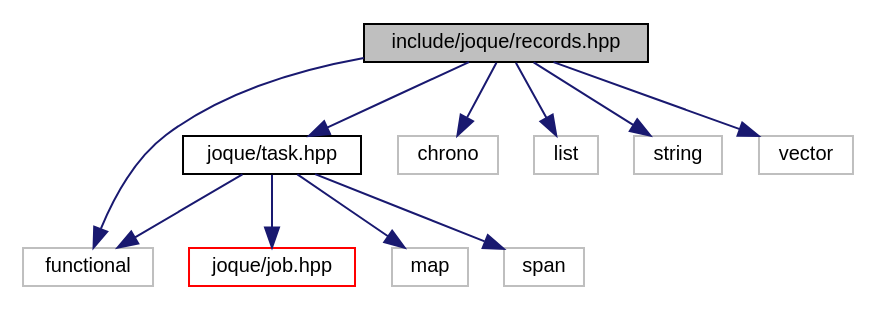
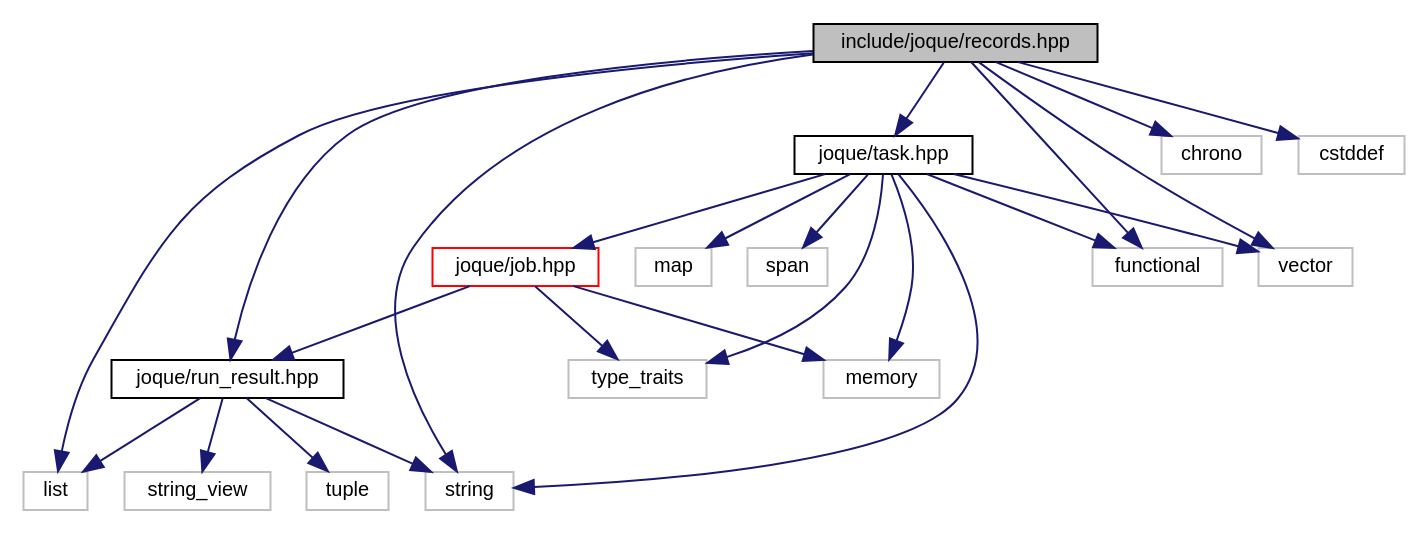
One commit to koniarik/joque changed the diagram in records_8hpp__incl.dot. Above: the diagram before and after it, drawn with Graphviz. The commit also changed 122 other files, not shown here.

```diff
--- a/records_8hpp__incl.dot
+++ b/records_8hpp__incl.dot
@@ -1,26 +1,45 @@
 digraph "include/joque/records.hpp"
 {
  // LATEX_PDF_SIZE
   edge [fontname="Helvetica",fontsize="10",labelfontname="Helvetica",labelfontsize="10"];
   node [fontname="Helvetica",fontsize="10",shape=record];
   Node1 [label="include/joque/records.hpp",height=0.2,width=0.4,color="black", fillcolor="grey75", style="filled", fontcolor="black",tooltip=" "];
   Node1 -> Node2 [color="midnightblue",fontsize="10",style="solid",fontname="Helvetica"];
-  Node2 [label="joque/task.hpp",height=0.2,width=0.4,color="black", fillcolor="white", style="filled",URL="$task_8hpp.html",tooltip=" "];
+  Node2 [label="joque/run_result.hpp",height=0.2,width=0.4,color="black", fillcolor="white", style="filled",URL="$run__result_8hpp.html",tooltip=" "];
   Node2 -> Node3 [color="midnightblue",fontsize="10",style="solid",fontname="Helvetica"];
-  Node3 [label="joque/job.hpp",height=0.2,width=0.4,color="red", fillcolor="white", style="filled",URL="$job_8hpp.html",tooltip=" "];
-  Node2 -> Node14 [color="midnightblue",fontsize="10",style="solid",fontname="Helvetica"];
-  Node14 [label="functional",height=0.2,width=0.4,color="grey75", fillcolor="white", style="filled",tooltip=" "];
-  Node2 -> Node15 [color="midnightblue",fontsize="10",style="solid",fontname="Helvetica"];
-  Node15 [label="map",height=0.2,width=0.4,color="grey75", fillcolor="white", style="filled",tooltip=" "];
-  Node2 -> Node16 [color="midnightblue",fontsize="10",style="solid",fontname="Helvetica"];
-  Node16 [label="span",height=0.2,width=0.4,color="grey75", fillcolor="white", style="filled",tooltip=" "];
+  Node3 [label="list",height=0.2,width=0.4,color="grey75", fillcolor="white", style="filled",tooltip=" "];
+  Node2 -> Node4 [color="midnightblue",fontsize="10",style="solid",fontname="Helvetica"];
+  Node4 [label="string",height=0.2,width=0.4,color="grey75", fillcolor="white", style="filled",tooltip=" "];
+  Node2 -> Node5 [color="midnightblue",fontsize="10",style="solid",fontname="Helvetica"];
+  Node5 [label="string_view",height=0.2,width=0.4,color="grey75", fillcolor="white", style="filled",tooltip=" "];
+  Node2 -> Node6 [color="midnightblue",fontsize="10",style="solid",fontname="Helvetica"];
+  Node6 [label="tuple",height=0.2,width=0.4,color="grey75", fillcolor="white", style="filled",tooltip=" "];
+  Node1 -> Node7 [color="midnightblue",fontsize="10",style="solid",fontname="Helvetica"];
+  Node7 [label="joque/task.hpp",height=0.2,width=0.4,color="black", fillcolor="white", style="filled",URL="$task_8hpp.html",tooltip=" "];
+  Node7 -> Node8 [color="midnightblue",fontsize="10",style="solid",fontname="Helvetica"];
+  Node8 [label="joque/job.hpp",height=0.2,width=0.4,color="red", fillcolor="white", style="filled",URL="$job_8hpp.html",tooltip=" "];
+  Node8 -> Node2 [color="midnightblue",fontsize="10",style="solid",fontname="Helvetica"];
+  Node8 -> Node10 [color="midnightblue",fontsize="10",style="solid",fontname="Helvetica"];
+  Node10 [label="memory",height=0.2,width=0.4,color="grey75", fillcolor="white", style="filled",tooltip=" "];
+  Node8 -> Node11 [color="midnightblue",fontsize="10",style="solid",fontname="Helvetica"];
+  Node11 [label="type_traits",height=0.2,width=0.4,color="grey75", fillcolor="white", style="filled",tooltip=" "];
+  Node7 -> Node12 [color="midnightblue",fontsize="10",style="solid",fontname="Helvetica"];
+  Node12 [label="functional",height=0.2,width=0.4,color="grey75", fillcolor="white", style="filled",tooltip=" "];
+  Node7 -> Node13 [color="midnightblue",fontsize="10",style="solid",fontname="Helvetica"];
+  Node13 [label="map",height=0.2,width=0.4,color="grey75", fillcolor="white", style="filled",tooltip=" "];
+  Node7 -> Node10 [color="midnightblue",fontsize="10",style="solid",fontname="Helvetica"];
+  Node7 -> Node14 [color="midnightblue",fontsize="10",style="solid",fontname="Helvetica"];
+  Node14 [label="span",height=0.2,width=0.4,color="grey75", fillcolor="white", style="filled",tooltip=" "];
+  Node7 -> Node4 [color="midnightblue",fontsize="10",style="solid",fontname="Helvetica"];
+  Node7 -> Node11 [color="midnightblue",fontsize="10",style="solid",fontname="Helvetica"];
+  Node7 -> Node15 [color="midnightblue",fontsize="10",style="solid",fontname="Helvetica"];
+  Node15 [label="vector",height=0.2,width=0.4,color="grey75", fillcolor="white", style="filled",tooltip=" "];
+  Node1 -> Node16 [color="midnightblue",fontsize="10",style="solid",fontname="Helvetica"];
+  Node16 [label="chrono",height=0.2,width=0.4,color="grey75", fillcolor="white", style="filled",tooltip=" "];
   Node1 -> Node17 [color="midnightblue",fontsize="10",style="solid",fontname="Helvetica"];
-  Node17 [label="chrono",height=0.2,width=0.4,color="grey75", fillcolor="white", style="filled",tooltip=" "];
-  Node1 -> Node14 [color="midnightblue",fontsize="10",style="solid",fontname="Helvetica"];
-  Node1 -> Node9 [color="midnightblue",fontsize="10",style="solid",fontname="Helvetica"];
-  Node9 [label="list",height=0.2,width=0.4,color="grey75", fillcolor="white", style="filled",tooltip=" "];
-  Node1 -> Node10 [color="midnightblue",fontsize="10",style="solid",fontname="Helvetica"];
-  Node10 [label="string",height=0.2,width=0.4,color="grey75", fillcolor="white", style="filled",tooltip=" "];
-  Node1 -> Node13 [color="midnightblue",fontsize="10",style="solid",fontname="Helvetica"];
-  Node13 [label="vector",height=0.2,width=0.4,color="grey75", fillcolor="white", style="filled",tooltip=" "];
+  Node17 [label="cstddef",height=0.2,width=0.4,color="grey75", fillcolor="white", style="filled",tooltip=" "];
+  Node1 -> Node12 [color="midnightblue",fontsize="10",style="solid",fontname="Helvetica"];
+  Node1 -> Node3 [color="midnightblue",fontsize="10",style="solid",fontname="Helvetica"];
+  Node1 -> Node4 [color="midnightblue",fontsize="10",style="solid",fontname="Helvetica"];
+  Node1 -> Node15 [color="midnightblue",fontsize="10",style="solid",fontname="Helvetica"];
 }
```
